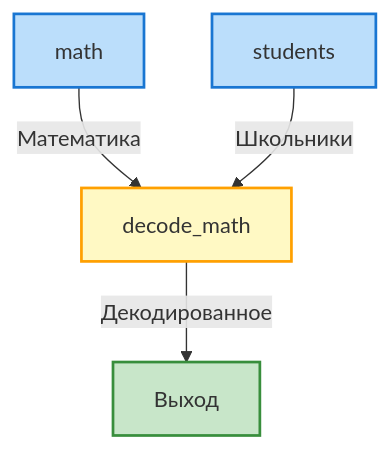
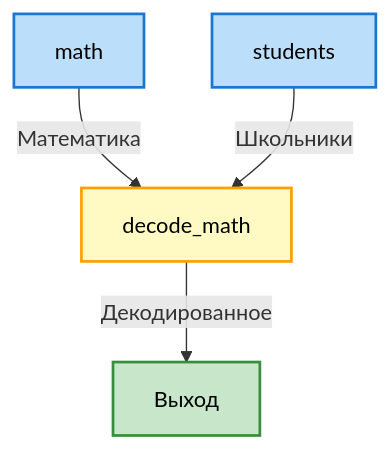
One commit to slavashestakov2005/ITI changed the second of 2 diagrams in backend/pipeline/readme.md. Above: the diagram before and after it, drawn with Mermaid. The commit also changed other lines of this file and 14 other files, not shown here.

````diff
--- a/backend/pipeline/readme.md
+++ b/backend/pipeline/readme.md
@@ -56,15 +58,17 @@
 ```mermaid
 graph TD
     A[math]:::source
     B[students]:::source
     C[decode_math]:::process
     D[Выход]:::output
 
     A -->|Математика| C
     B -->|Школьники| C
     C -->|Декодированное| D
 
-    classDef source fill:#bbdefb,stroke:#1976d2,stroke-width:2px;
-    classDef process fill:#fff9c4,stroke:#ffa000,stroke-width:2px;
-    classDef output fill:#c8e6c9,stroke:#388e3c,stroke-width:2px;
+    classDef source fill:#bbdefb,stroke:#1976d2,stroke-width:2px,color:#000;
+
+    classDef process fill:#fff9c4,stroke:#ffa000,stroke-width:2px,color:#000;
+    
+    classDef output fill:#c8e6c9,stroke:#388e3c,stroke-width:2px,color:#000;
 ```
````
